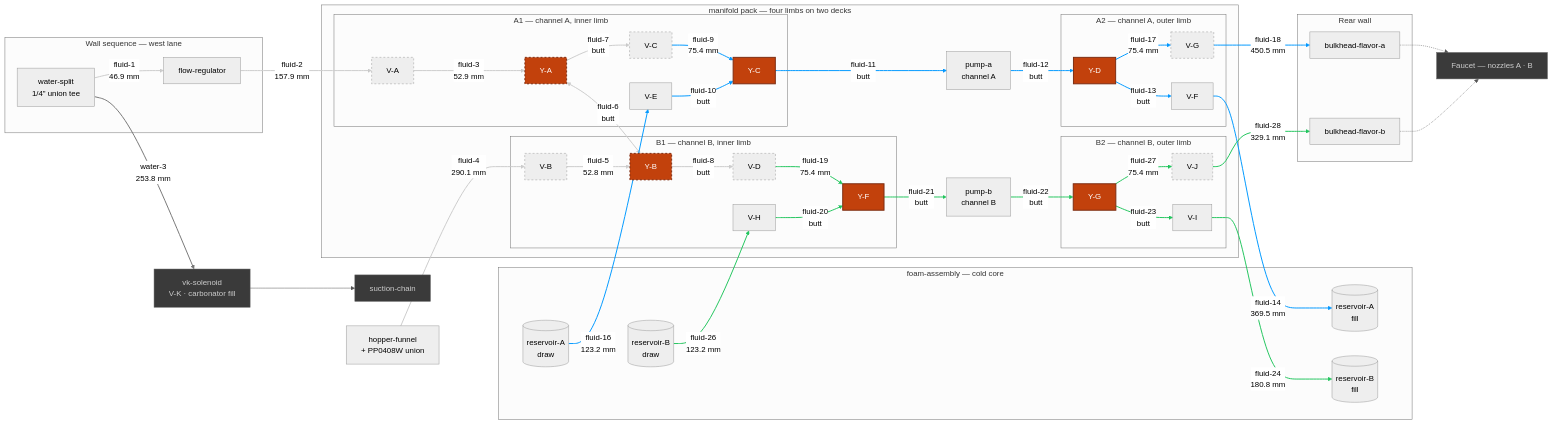
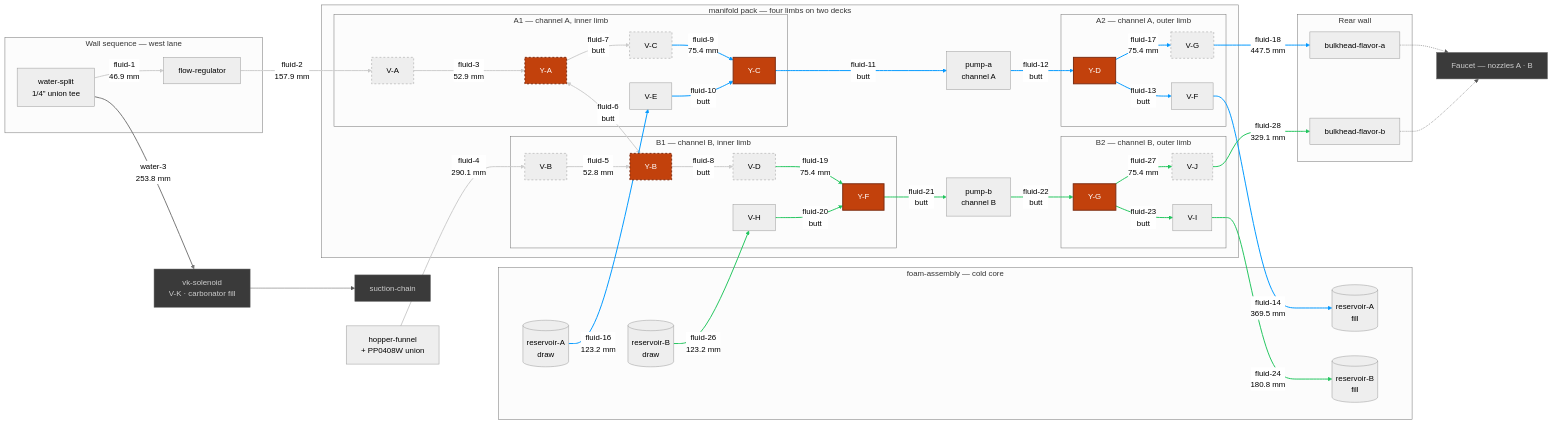
Before and after one commit to derekbreden/homesodamachine: the diagram in hardware/topology/fluid-topology-manifold.mmd, drawn with Mermaid (neutral theme). The commit also changed 34 other files, not shown here.

```diff
--- a/hardware/topology/fluid-topology-manifold.mmd
+++ b/hardware/topology/fluid-topology-manifold.mmd
@@ -14,8 +14,8 @@
   %% [26](SEGMENT_COUNT) flavor segments. [11](BUTT_COUNT) are collet butted to collet and carry
   %% no tube at all; [9](DRAWN_COUNT) are swept runs between placed bodies; the rest are the
   %% hinge's four hairpins and the source pair's two quarter-and-step turns. What is cut comes to
-  %% [2478.5 mm](FLUID_TOTAL) of 1/4" LLDPE over [49](FLUID_BENDS) corners, and the longest is
-  %% [fluid-18](LONGEST_ID) at [450.5 mm](LONGEST_LEN). [0](OPEN_COUNT) are mouths with nothing
+  %% [2475.5 mm](FLUID_TOTAL) of 1/4" LLDPE over [49](FLUID_BENDS) corners, and the longest is
+  %% [fluid-18](LONGEST_ID) at [447.5 mm](LONGEST_LEN). [0](OPEN_COUNT) are mouths with nothing
   %% on the far end of them: EVERY FLAVOR SEGMENT IN THIS CHART IS MADE. The hopper's gravity
   %% drain is drawn like the rest — the funnel is seated in the box rather than placed in the
   %% pack, so `fluid-4` is authored after the box exists, off the same frames.
@@ -141,7 +141,7 @@
   VF -->|"fluid-14<br/>369.5 mm"| ResAFill
   ResA -->|"fluid-16<br/>123.2 mm"| VE
   YD -->|"fluid-17<br/>75.4 mm"| VG
-  VG -->|"fluid-18<br/>450.5 mm"| BhA
+  VG -->|"fluid-18<br/>447.5 mm"| BhA
 
   %% =========================
   %% Channel B — fluid-19 … fluid-28
```
